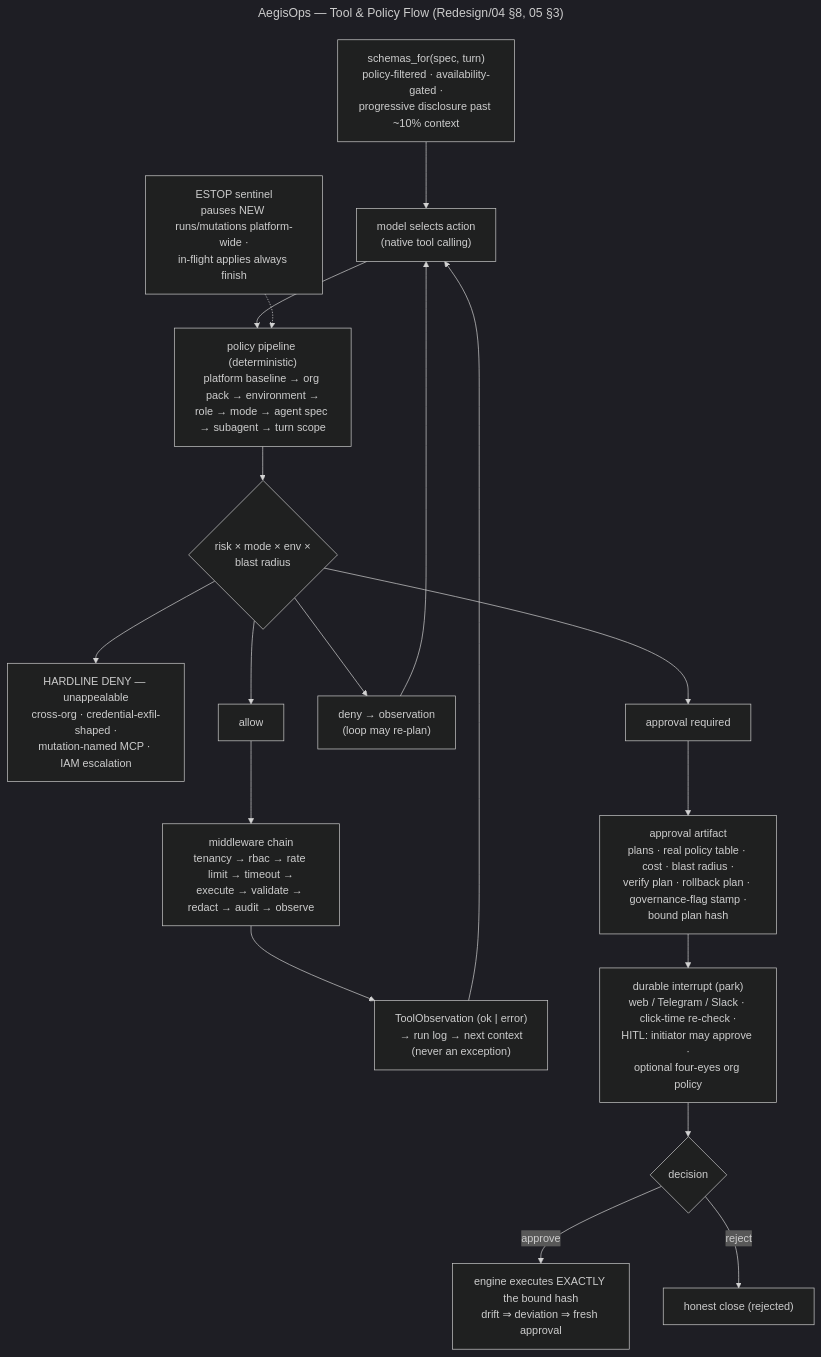
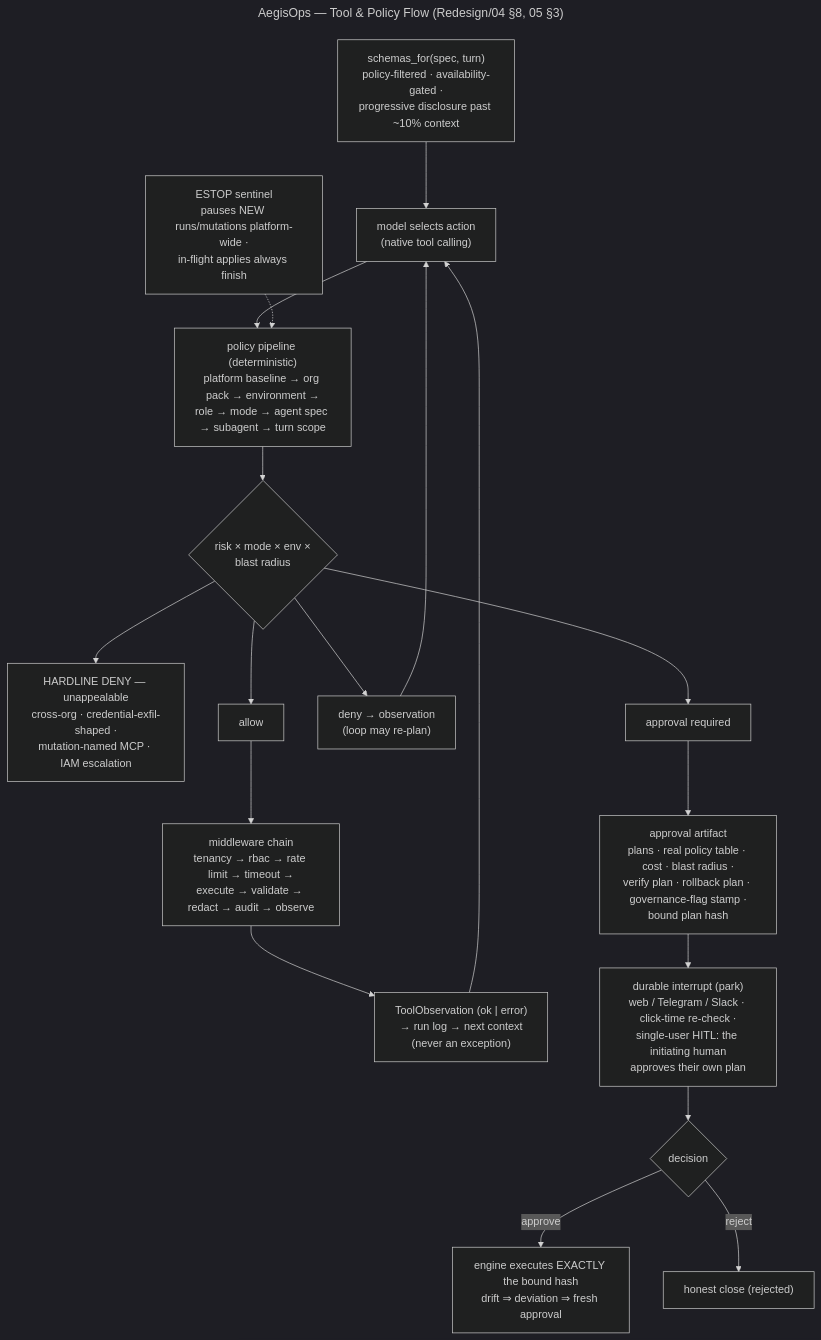
One commit to Saikumar22042002/AegisOps_AIOPS changed the diagram in Redesign/diagrams/src/tool-policy-flow.mmd. Above: the diagram before and after it, drawn with Mermaid (dark theme). The commit also changed 38 other files, not shown here.

```diff
--- a/Redesign/diagrams/src/tool-policy-flow.mmd
+++ b/Redesign/diagrams/src/tool-policy-flow.mmd
@@ -1,29 +1,29 @@
 ---
 title: "AegisOps — Tool & Policy Flow (Redesign/04 §8, 05 §3)"
 ---
 flowchart TB
     SCH["schemas_for(spec, turn)<br/>policy-filtered · availability-gated ·<br/>progressive disclosure past ~10% context"]
     MODEL["model selects action<br/>(native tool calling)"]
     PIPE["policy pipeline (deterministic)<br/>platform baseline → org pack → environment →<br/>role → mode → agent spec → subagent → turn scope"]
     RISK{"risk × mode × env ×<br/>blast radius"}
     HARD["HARDLINE DENY — unappealable<br/>cross-org · credential-exfil-shaped ·<br/>mutation-named MCP · IAM escalation"]
     ALLOW["allow"]
     DENY["deny → observation<br/>(loop may re-plan)"]
     APPR["approval required"]
     MW["middleware chain<br/>tenancy → rbac → rate limit → timeout →<br/>execute → validate → redact → audit → observe"]
     OBS["ToolObservation (ok | error)<br/>→ run log → next context<br/>(never an exception)"]
     ART["approval artifact<br/>plans · real policy table · cost · blast radius ·<br/>verify plan · rollback plan · governance-flag stamp ·<br/>bound plan hash"]
-    INT["durable interrupt (park)<br/>web / Telegram / Slack · click-time re-check ·<br/>HITL: initiator may approve ·<br/>optional four-eyes org policy"]
+    INT["durable interrupt (park)<br/>web / Telegram / Slack · click-time re-check ·<br/>single-user HITL: the initiating human<br/>approves their own plan"]
     DEC{"decision"}
     EXECG["engine executes EXACTLY the bound hash<br/>drift ⇒ deviation ⇒ fresh approval"]
     REJ["honest close (rejected)"]
     ESTOP["ESTOP sentinel<br/>pauses NEW runs/mutations platform-wide ·<br/>in-flight applies always finish"]
 
     SCH --> MODEL --> PIPE --> RISK
     RISK --> HARD
     RISK --> ALLOW --> MW --> OBS --> MODEL
     RISK --> DENY --> MODEL
     RISK --> APPR --> ART --> INT --> DEC
     DEC -- "approve" --> EXECG
     DEC -- "reject" --> REJ
     ESTOP -.-> PIPE
```
